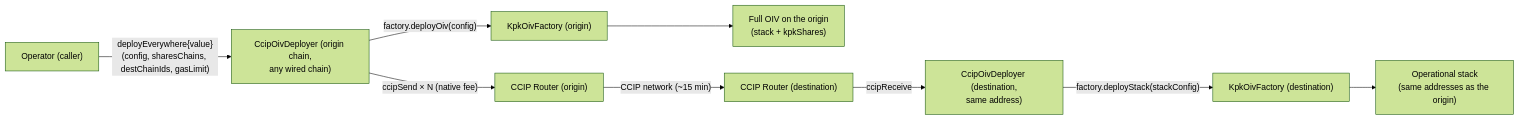
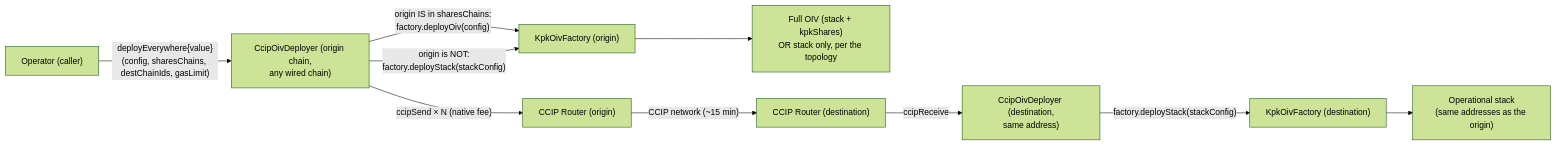
Before and after one commit to karpatkey/onchain-investment-vehicles: the first of 3 diagrams in docs/CCIP_FUND_DEPLOYMENT_FLOW.md, drawn with Mermaid (forest theme). The commit also changed other lines of this file and 8 other files, not shown here.

````diff
--- a/docs/CCIP_FUND_DEPLOYMENT_FLOW.md
+++ b/docs/CCIP_FUND_DEPLOYMENT_FLOW.md
@@ -31,11 +31,12 @@
 ```mermaid
 flowchart LR
     Op["Operator (caller)"] -->|"deployEverywhere{value}(config, sharesChains, destChainIds, gasLimit)"| Orc["CcipOivDeployer (origin chain,<br/>any wired chain)"]
-    Orc -->|"factory.deployOiv(config)"| F["KpkOivFactory (origin)"]
-    F --> Fund["Full OIV on the origin<br/>(stack + kpkShares)"]
+    Orc -->|"origin IS in sharesChains:<br/>factory.deployOiv(config)"| F["KpkOivFactory (origin)"]
+    Orc -->|"origin is NOT:<br/>factory.deployStack(stackConfig)"| F
+    F --> Fund["Full OIV (stack + kpkShares)<br/>OR stack only, per the topology"]
     Orc -->|"ccipSend × N (native fee)"| R["CCIP Router (origin)"]
     R -->|"CCIP network (~15 min)"| R2["CCIP Router (destination)"]
     R2 -->|"ccipReceive"| Orc2["CcipOivDeployer (destination,<br/>same address)"]
     Orc2 -->|"factory.deployStack(stackConfig)"| F2["KpkOivFactory (destination)"]
     F2 --> Stack["Operational stack<br/>(same addresses as the origin)"]
 ```
````
